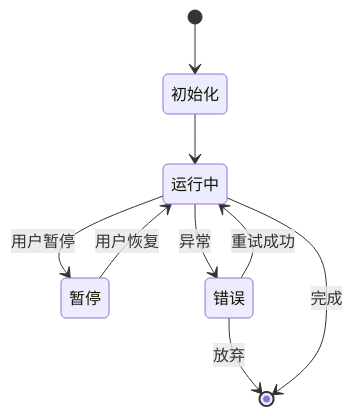
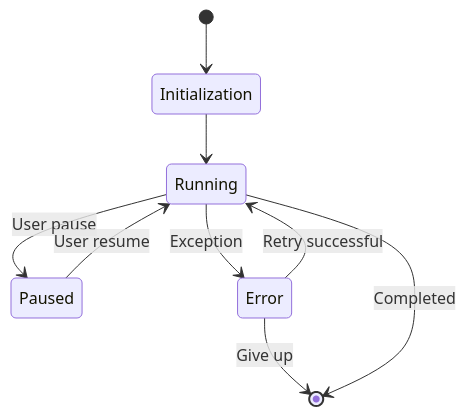
Diagram 14 of 16 in TEMPLATE.md (mjczz/project-analyzer), drawn with Mermaid before and after one commit. The commit also changed other lines of this file and 8 other files, not shown here.

````diff
--- a/TEMPLATE.md
+++ b/TEMPLATE.md
@@ -626,11 +626,11 @@
 ```mermaid
 stateDiagram-v2
-    [*] --> 初始化
-    初始化 --> 运行中
-    运行中 --> 暂停: 用户暂停
-    运行中 --> 错误: 异常
-    暂停 --> 运行中: 用户恢复
-    错误 --> 运行中: 重试成功
-    错误 --> [*]: 放弃
-    运行中 --> [*]: 完成
+    [*] --> Initialization
+    Initialization --> Running
+    Running --> Paused: User pause
+    Running --> Error: Exception
+    Paused --> Running: User resume
+    Error --> Running: Retry successful
+    Error --> [*]: Give up
+    Running --> [*]: Completed
 ```
````
